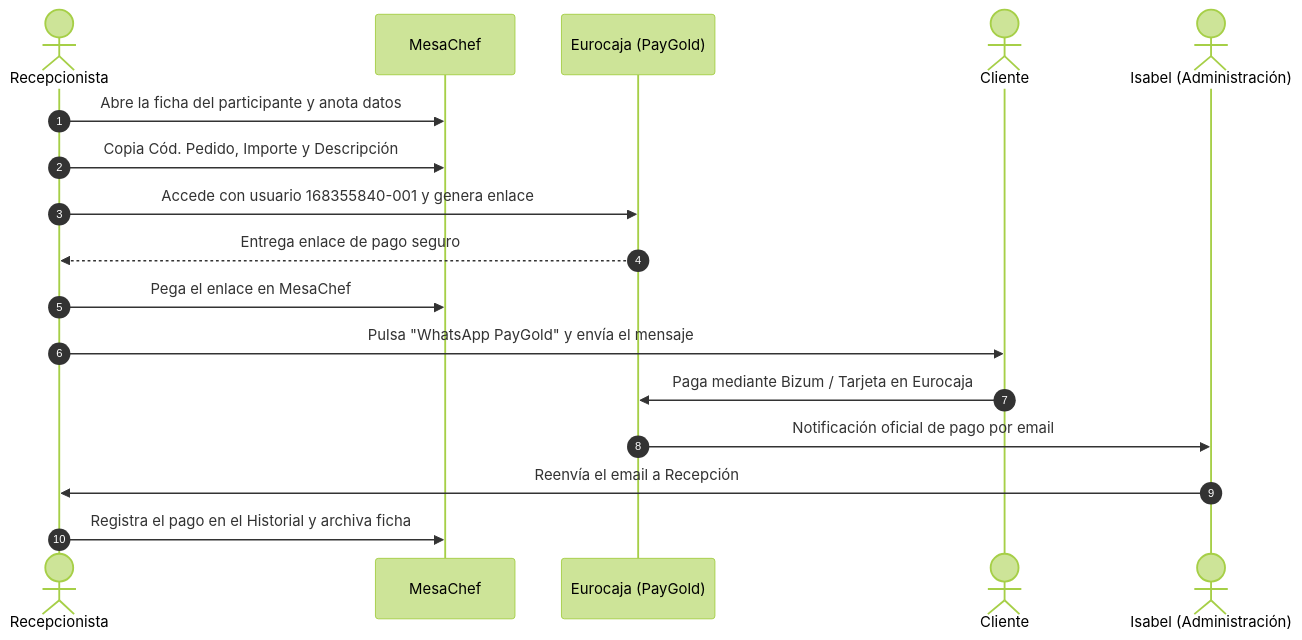
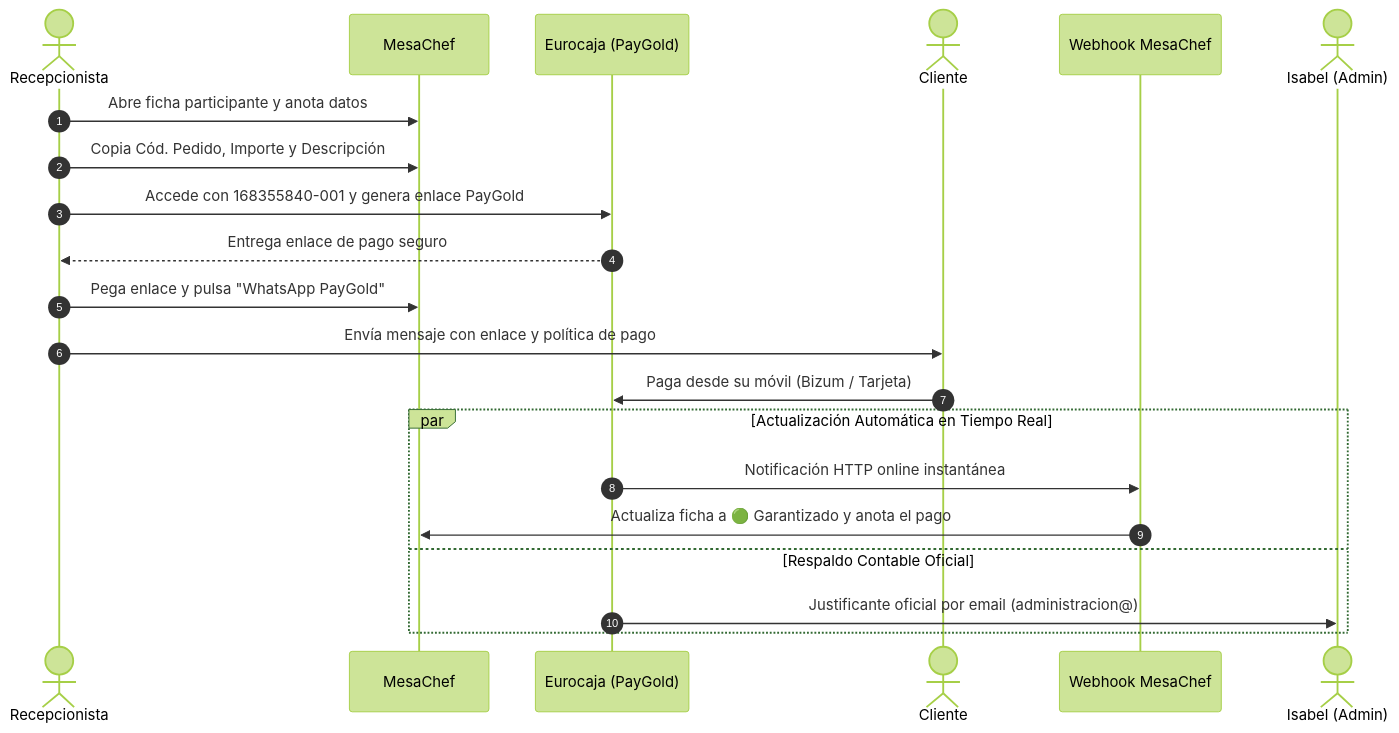
One commit to Nataliogc/Mesachef changed the diagram in MANUAL_RECEPCION_PAYGOLD_GUADIANA.md. Above: the diagram before and after it, drawn with Mermaid (forest theme). The commit also changed other lines of this file and 15 other files, not shown here.

Commit message:
docs & feat: actualizar manuales con Webhook online v10.3.0 e integracion Redsys

````diff
--- a/MANUAL_RECEPCION_PAYGOLD_GUADIANA.md
+++ b/MANUAL_RECEPCION_PAYGOLD_GUADIANA.md
@@ -22,20 +24,24 @@
 ```mermaid
 sequenceDiagram
     autonumber
     actor Rec as Recepcionista
     participant MC as MesaChef
     participant TPV as Eurocaja (PayGold)
     actor Cli as Cliente
-    actor Isa as Isabel (Administración)
+    participant WH as Webhook MesaChef
+    actor Isa as Isabel (Admin)
 
-    Rec->>MC: Abre la ficha del participante y anota datos
+    Rec->>MC: Abre ficha participante y anota datos
     Rec->>MC: Copia Cód. Pedido, Importe y Descripción
-    Rec->>TPV: Accede con usuario 168355840-001 y genera enlace
+    Rec->>TPV: Accede con 168355840-001 y genera enlace PayGold
     TPV-->>Rec: Entrega enlace de pago seguro
-    Rec->>MC: Pega el enlace en MesaChef
-    Rec->>Cli: Pulsa "WhatsApp PayGold" y envía el mensaje
-    Cli->>TPV: Paga mediante Bizum / Tarjeta en Eurocaja
-    TPV->>Isa: Notificación oficial de pago por email
-    Isa->>Rec: Reenvía el email a Recepción
-    Rec->>MC: Registra el pago en el Historial y archiva ficha
+    Rec->>MC: Pega enlace y pulsa "WhatsApp PayGold"
+    Rec->>Cli: Envía mensaje con enlace y política de pago
+    Cli->>TPV: Paga desde su móvil (Bizum / Tarjeta)
+    par Actualización Automática en Tiempo Real
+        TPV->>WH: Notificación HTTP online instantánea
+        WH->>MC: Actualiza ficha a 🟢 Garantizado y anota el pago
+    and Respaldo Contable Oficial
+        TPV->>Isa: Justificante oficial por email (administracion@)
+    end
 ```
````
